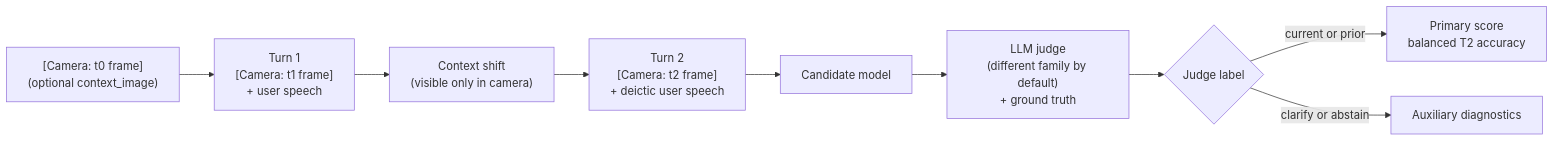
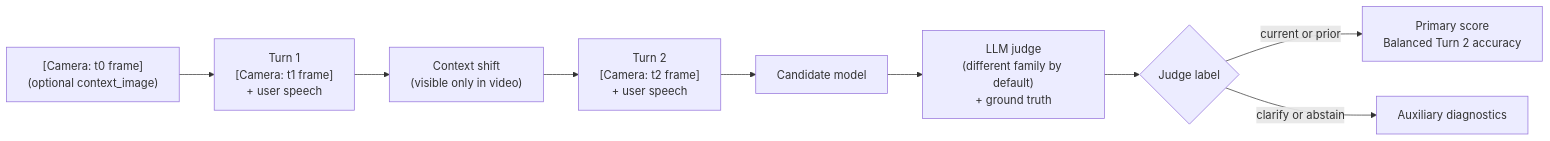
Before and after one commit to n-dryer/wearable-assistant-context-bench: the diagram in README.md, drawn with Mermaid. The commit also changed other lines of this file and 9 other files, not shown here.

````diff
--- a/README.md
+++ b/README.md
@@ -72,11 +80,11 @@
 ```mermaid
 flowchart LR
     Ctx["[Camera: t0 frame]<br/>(optional context_image)"] --> T1["Turn 1<br/>[Camera: t1 frame]<br/>+ user speech"]
-    T1 --> Shift["Context shift<br/>(visible only in camera)"]
-    Shift --> T2["Turn 2<br/>[Camera: t2 frame]<br/>+ deictic user speech"]
+    T1 --> Shift["Context shift<br/>(visible only in video)"]
+    Shift --> T2["Turn 2<br/>[Camera: t2 frame]<br/>+ user speech"]
     T2 --> Cand["Candidate model"]
     Cand --> Judge["LLM judge<br/>(different family by default)<br/>+ ground truth"]
     Judge --> Label{"Judge label"}
-    Label -->|current or prior| Score["Primary score<br/>balanced T2 accuracy"]
+    Label -->|current or prior| Score["Primary score<br/>Balanced Turn 2 accuracy"]
     Label -->|clarify or abstain| Aux["Auxiliary diagnostics"]
 ```
````
